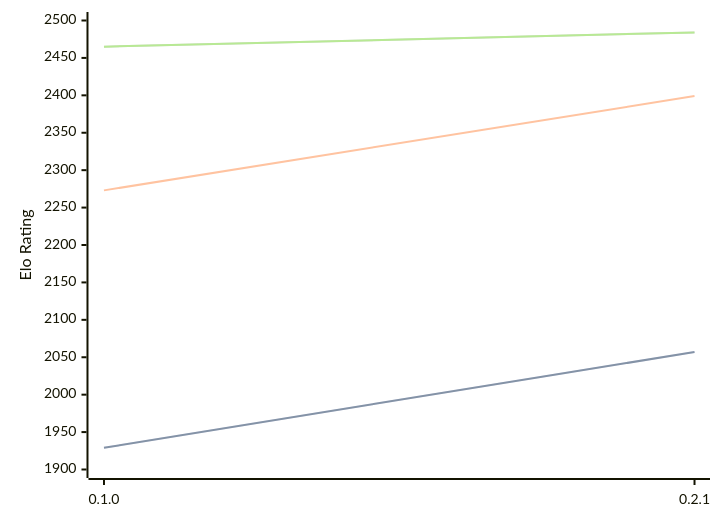
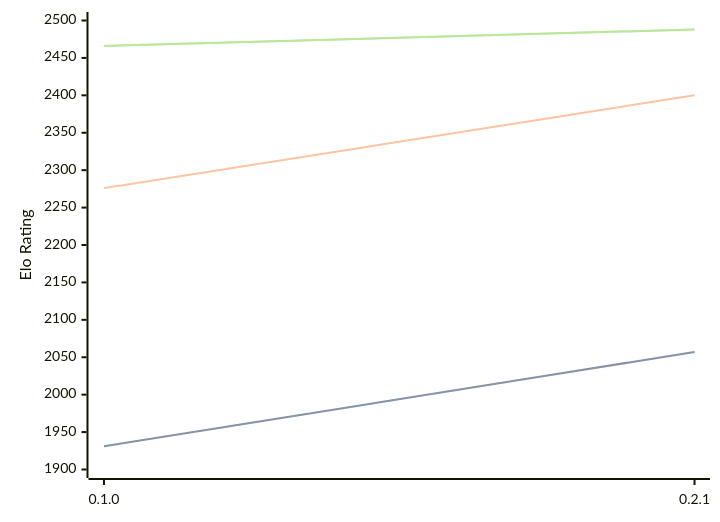
One commit to computer-chess-index/cci changed the diagram in engines/Sykora.md. Above: the diagram before and after it, drawn with Mermaid. The commit also changed other lines of this file, not shown here.

Commit message:
Update CCI Ratings (ELO VLTC) - 2026-05-16

````diff
--- a/engines/Sykora.md
+++ b/engines/Sykora.md
@@ -33,11 +33,11 @@
 ```mermaid
 %%{init: {"theme":"base","themeVariables":{"seriesColors:['#a3a3a3','#222221','#faa371']}}}%%
 xychart-beta
   x-axis ["0.1.0", "0.2.1"]
   y-axis "Elo Rating" 1900 --> 2500
-  line "STC (8.0+0.08s)" [1929, 2057]
-  line "STC (8.0+0.08s)" [1929, 2057]
-  line "LTC (60.0+0.60s)" [2273, 2399]
-  line "VLTC (2m24s+1.12s)" [2465, 2484]
-  line "VLTC (2m24s+1.12s)" [2465, 2484]
+  line "STC (8.0+0.08s)" [1931, 2057]
+  line "STC (8.0+0.08s)" [1931, 2057]
+  line "LTC (60.0+0.60s)" [2276, 2400]
+  line "VLTC (2m24s+1.12s)" [2466, 2488]
+  line "VLTC (2m24s+1.12s)" [2466, 2488]
 ```
````
